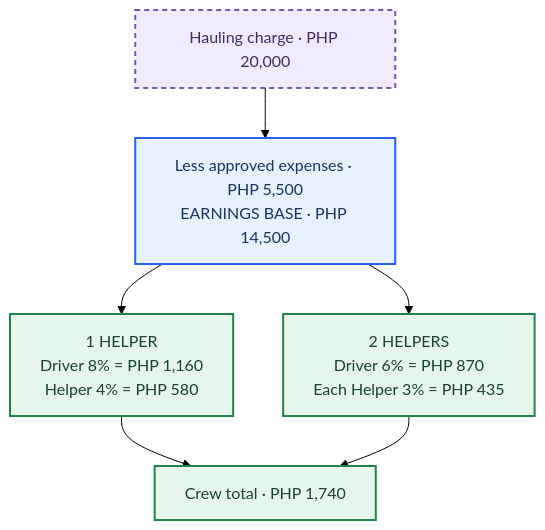
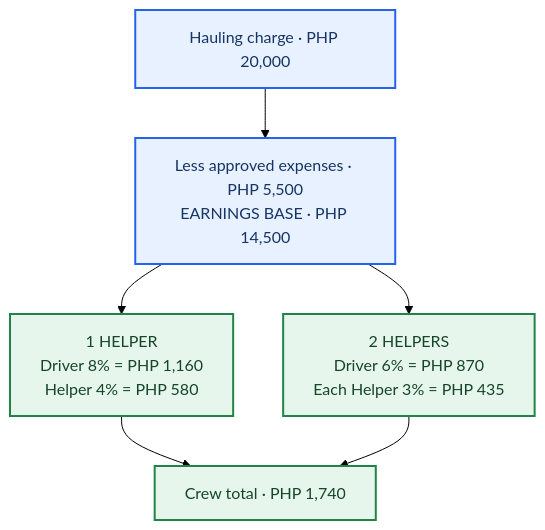
Before and after one commit to DanielVilla1/BM_Enterprises_Integration: the third of 6 diagrams in docs/decisions/financial-policies.md, drawn with Mermaid (forest theme). The commit also changed other lines of this file and 104 other files, not shown here.

````diff
--- a/docs/decisions/financial-policies.md
+++ b/docs/decisions/financial-policies.md
@@ -109,13 +123,12 @@
 ```mermaid
 flowchart TB
     accTitle: Worked earnings example
     accDescr: A 20000 peso charge minus 5500 pesos of expenses gives a 14500 peso base; apply percentages directly to that base.
-    charge["Hauling charge · PHP 20,000"]:::planned --> base["Less approved expenses · PHP 5,500<br/>EARNINGS BASE · PHP 14,500"]:::action
+    charge["Hauling charge · PHP 20,000"]:::action --> base["Less approved expenses · PHP 5,500<br/>EARNINGS BASE · PHP 14,500"]:::action
     base --> one["1 HELPER<br/>Driver 8% = PHP 1,160<br/>Helper 4% = PHP 580"]:::done
     base --> two["2 HELPERS<br/>Driver 6% = PHP 870<br/>Each Helper 3% = PHP 435"]:::done
     one --> total["Crew total · PHP 1,740"]:::done
     two --> total
     classDef action fill:#e8f1ff,stroke:#2563eb,color:#163566,stroke-width:2px
     classDef done fill:#e7f6ec,stroke:#208448,color:#16452a,stroke-width:2px
-    classDef planned fill:#f0ebff,stroke:#7856ad,color:#412c65,stroke-width:2px,stroke-dasharray:5 4
 ```
````
